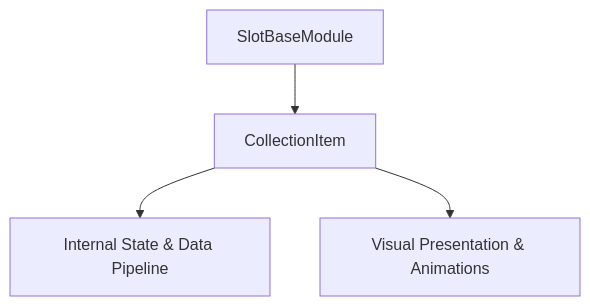
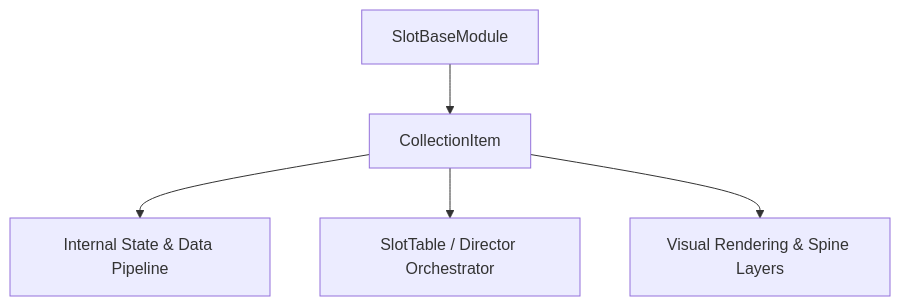
Before and after one commit to lam-ark/mcp-fwcc: the diagram in docs/cc_slot_mechanics/modules/CollectionItem/01_overview/01_architecture_and_role.md, drawn with Mermaid. The commit also changed other lines of this file and 2509 other files, not shown here.

````diff
--- a/docs/cc_slot_mechanics/modules/CollectionItem/01_overview/01_architecture_and_role.md
+++ b/docs/cc_slot_mechanics/modules/CollectionItem/01_overview/01_architecture_and_role.md
@@ -18,6 +24,7 @@
 ```mermaid
 graph TD
-    Parent[SlotBaseModule] --> Mod[CollectionItem]
-    Mod --> State[Internal State & Data Pipeline]
-    Mod --> Render[Visual Presentation & Animations]
+    SuperClass[SlotBaseModule] --> TargetClass[CollectionItem]
+    TargetClass --> DataPipeline[Internal State & Data Pipeline]
+    TargetClass --> Orchestrator[SlotTable / Director Orchestrator]
+    TargetClass --> ViewLayer[Visual Rendering & Spine Layers]
 ```
````
